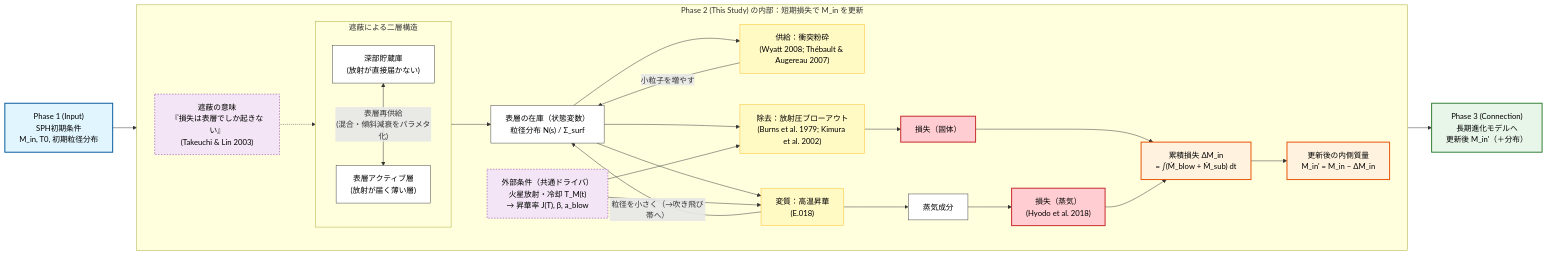
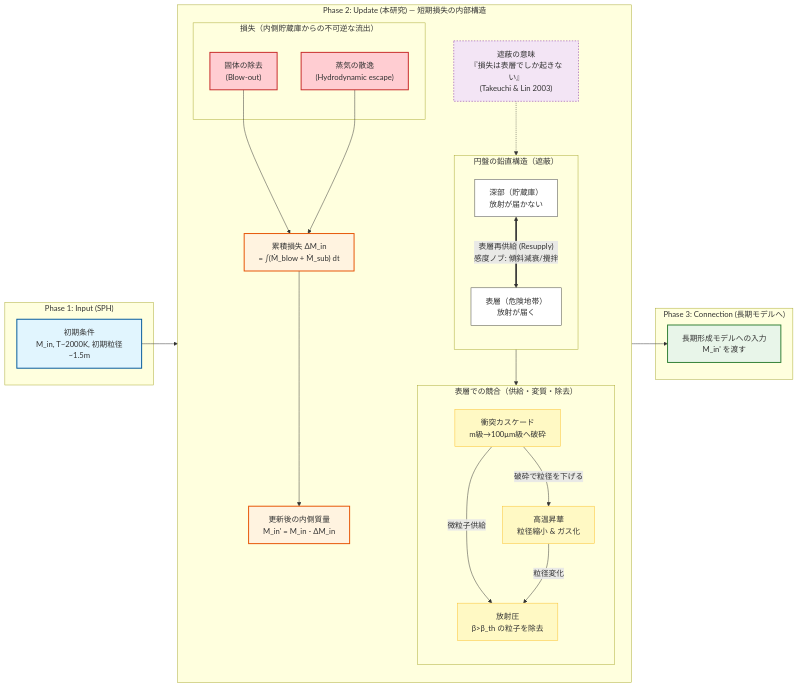
The second of 2 diagrams in analysis/introduction.md (Einfeld686/MarsDiskSimulation), drawn with Mermaid before and after one commit. The commit also changed other lines of this file, not shown here.

````diff
--- a/analysis/introduction.md
+++ b/analysis/introduction.md
@@ -126,59 +120,65 @@
 ```mermaid
 flowchart LR
     %% ========= style =========
-    classDef input fill:#e1f5fe,stroke:#01579b,stroke-width:2px,color:#000;
-    classDef connect fill:#e8f5e9,stroke:#2e7d32,stroke-width:2px,color:#000;
-    classDef state fill:#ffffff,stroke:#424242,stroke-width:1px,color:#000;
-    classDef proc fill:#fff9c4,stroke:#fbc02d,stroke-width:1px,color:#000;
-    classDef sink fill:#ffcdd2,stroke:#c62828,stroke-width:2px,color:#000;
-    classDef driver fill:#f3e5f5,stroke:#7b1fa2,stroke-width:1px,stroke-dasharray: 3 3,color:#000;
-    classDef calc fill:#fff3e0,stroke:#e65100,stroke-width:2px,color:#000;
+    classDef input fill:#e1f5fe,stroke:#01579b,stroke-width:2px;
+    classDef connect fill:#e8f5e9,stroke:#2e7d32,stroke-width:2px;
+    classDef state fill:#ffffff,stroke:#424242,stroke-width:1px;
+    classDef proc fill:#fff9c4,stroke:#fbc02d,stroke-width:1px;
+    classDef sink fill:#ffcdd2,stroke:#c62828,stroke-width:2px;
+    classDef driver fill:#f3e5f5,stroke:#7b1fa2,stroke-width:1px,stroke-dasharray: 3 3;
+    classDef calc fill:#fff3e0,stroke:#e65100,stroke-width:2px;
 
-    %% ========= anchors (Phase1 / Phase3) =========
-    IN["Phase 1 (Input)<br/>SPH初期条件<br/>M_in, T0, 初期粒径分布"]:::input
-    OUT["Phase 3 (Connection)<br/>長期進化モデルへ<br/>更新後 M_in'（＋分布）"]:::connect
+    %% ========= Phase 1 anchor =========
+    subgraph P1["Phase 1: Input (SPH)"]
+        IN["初期条件<br/>M_in, T~2000K, 初期粒径~1.5m"]:::input
+    end
 
-    %% ========= Phase2 zoom =========
-    subgraph P2["Phase 2 (This Study) の内部：短期損失で M_in を更新"]
-        direction LR
+    %% ========= Phase 2 zoom-in =========
+    subgraph P2["Phase 2: Update (本研究) — 短期損失の内部構造"]
+        direction TB
 
-        %% --- vertical structure = shielding ---
-        subgraph V["遮蔽による二層構造"]
+        %% --- vertical structure ---
+        subgraph Layer["円盤の鉛直構造（遮蔽）"]
             direction TB
-            Deep["深部貯蔵庫<br/>(放射が直接届かない)"]:::state
-            Surf["表層アクティブ層<br/>(放射が届く薄い層)"]:::state
-            Deep <-->|"表層再供給<br/>(混合・傾斜減衰をパラメタ化)"| Surf
+            Deep["深部（貯蔵庫）<br/>放射が届かない"]:::state
+            Surf["表層（危険地帯）<br/>放射が届く"]:::state
+            Deep <==> |"表層再供給  (Resupply)<br/>感度ノブ: 傾斜減衰/攪拌"| Surf
         end
 
-        %% --- central state variable ---
-        Surf --> PSD["表層の在庫（状態変数）<br/>粒径分布 N(s) / Σ_surf"]:::state
+        %% --- micro processes in the surface ---
+        subgraph Micro["表層での競合（供給・変質・除去）"]
+            direction TB
+            Coll["衝突カスケード<br/>m級→100μm級へ破砕"]:::proc
+            Sub["高温昇華<br/>粒径縮小 & ガス化"]:::proc
+            Rad["放射圧<br/>β>β_th の粒子を除去"]:::proc
 
-        %% --- competing processes (parallel) ---
-        PSD --> Coll["供給：衝突粉砕<br/>(Wyatt 2008; Thébault & Augereau 2007)"]:::proc
-        Coll -->|"小粒子を増やす"| PSD
+            Surf --> Coll
+            Coll --> |"微粒子供給"| Rad
+            Coll --> |"破砕で粒径を下げる"| Sub
+            Sub --> |"粒径変化"| Rad
+        end
 
-        PSD --> Sub["変質：高温昇華<br/>(E.018)"]:::proc
-        Sub -->|"粒径を小さく（→吹き飛び帯へ）"| PSD
-        Sub --> Vap["蒸気成分"]:::state
+        %% --- sinks ---
+        subgraph Sinks["損失（内側貯蔵庫からの不可逆な流出）"]
+            LossV["蒸気の散逸<br/>(Hydrodynamic escape)"]:::sink
+            LossS["固体の除去<br/>(Blow-out)"]:::sink
+        end
 
-        PSD --> Blow["除去：放射圧ブローアウト<br/>(Burns et al. 1979; Kimura et al. 2002)"]:::proc
-        Blow --> LossS["損失（固体）"]:::sink
-        Vap --> LossV["損失（蒸気）<br/>(Hyodo et al. 2018)"]:::sink
-
-        %% --- drivers / constraints ---
-        Tdrv["外部条件（共通ドライバ）<br/>火星放射・冷却 T_M(t)<br/>→ 昇華率 J(T), β, a_blow"]:::driver
-        Tdrv --> Sub
-        Tdrv --> Blow
-
+        %% --- shielding driver ---
         Shield["遮蔽の意味<br/>『損失は表層でしか起きない』<br/>(Takeuchi & Lin 2003)"]:::driver -.-> Surf
 
         %% --- time integration / output ---
         LossS --> Int["累積損失 ΔM_in<br/>= ∫(Ṁ_blow + Ṁ_sub) dt"]:::calc
         LossV --> Int
-        Int --> Upd["更新後の内側質量<br/>M_in' = M_in − ΔM_in"]:::calc
+        Int --> Upd["更新後の内側質量<br/>M_in' = M_in - ΔM_in"]:::calc
+    end
+
+    %% ========= Phase 3 anchor =========
+    subgraph P3["Phase 3: Connection (長期モデルへ)"]
+        OUT["長期形成モデルへの入力<br/>M_in' を渡す"]:::connect
     end
 
     %% ========= wiring =========
     IN --> Deep
     Upd --> OUT
 ```
````
